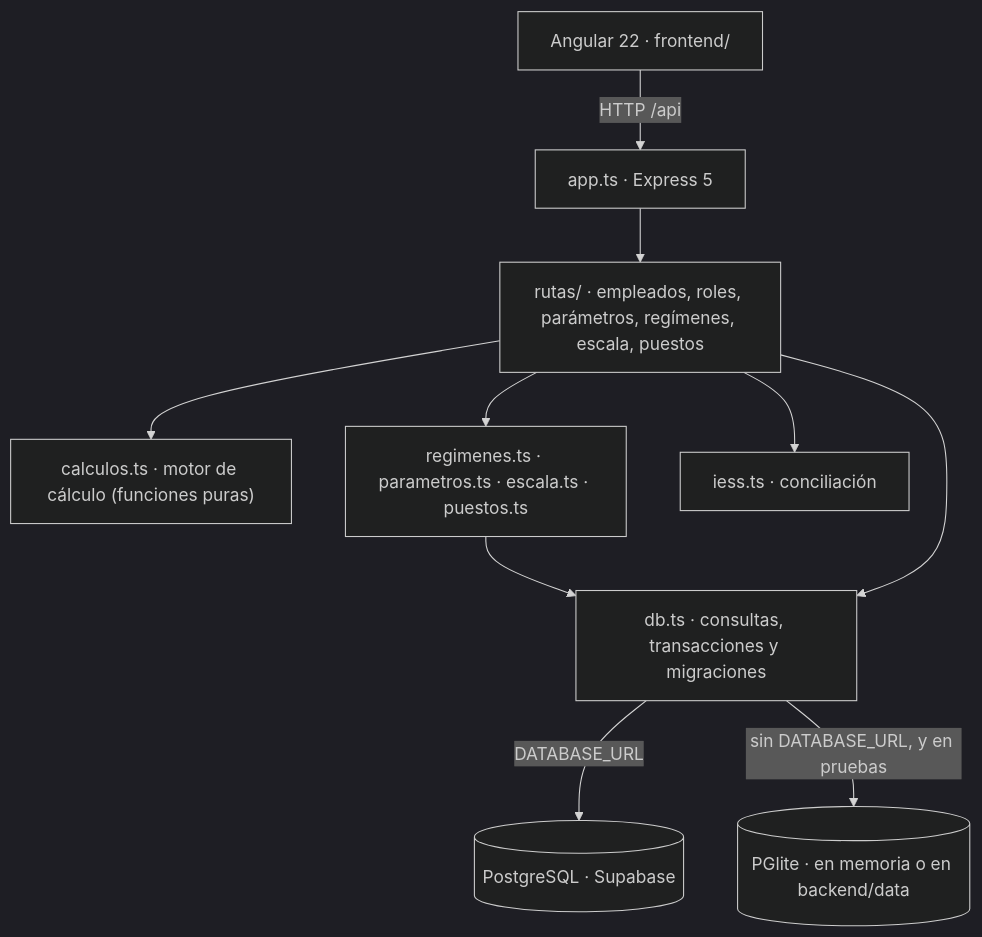
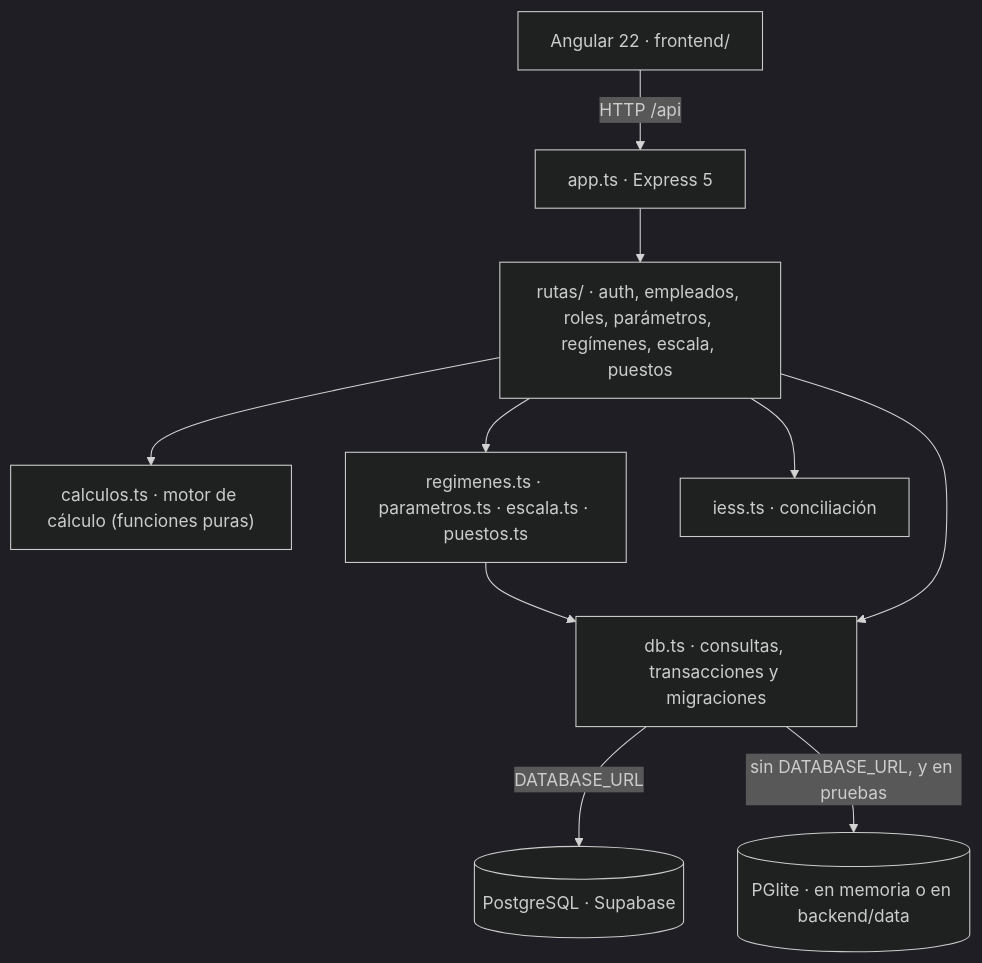
One commit to kiramman-mp3/sistema-rol-pagos-erp changed the diagram in README.md. Above: the diagram before and after it, drawn with Mermaid (dark theme). The commit also changed other lines of this file, not shown here.

````diff
--- a/README.md
+++ b/README.md
@@ -85,14 +87,14 @@
 ```mermaid
 graph TD
     Web["Angular 22 · frontend/"] -->|HTTP /api| App["app.ts · Express 5"]
-    App --> Rutas["rutas/ · empleados, roles, parámetros, regímenes, escala, puestos"]
+    App --> Rutas["rutas/ · auth, empleados, roles, parámetros, regímenes, escala, puestos"]
 
     Rutas --> Motor["calculos.ts · motor de cálculo (funciones puras)"]
     Rutas --> Reglas["regimenes.ts · parametros.ts · escala.ts · puestos.ts"]
     Rutas --> IESS["iess.ts · conciliación"]
 
     Reglas --> DB["db.ts · consultas, transacciones y migraciones"]
     Rutas --> DB
     DB -->|DATABASE_URL| Supabase[("PostgreSQL · Supabase")]
     DB -->|sin DATABASE_URL, y en pruebas| PGlite[("PGlite · en memoria o en backend/data")]
 ```
````
